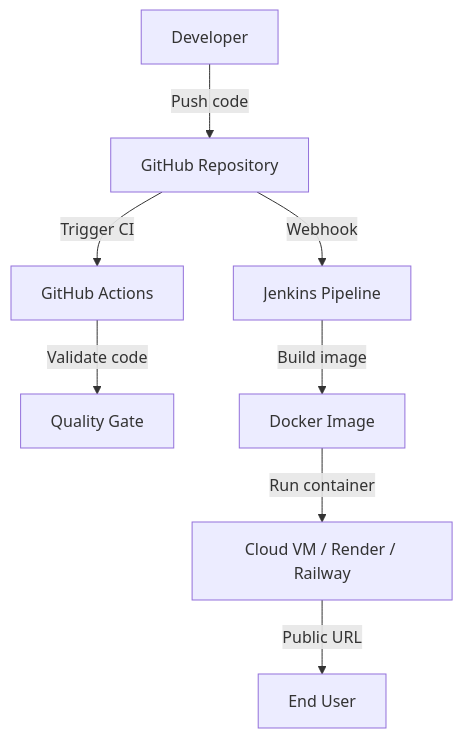
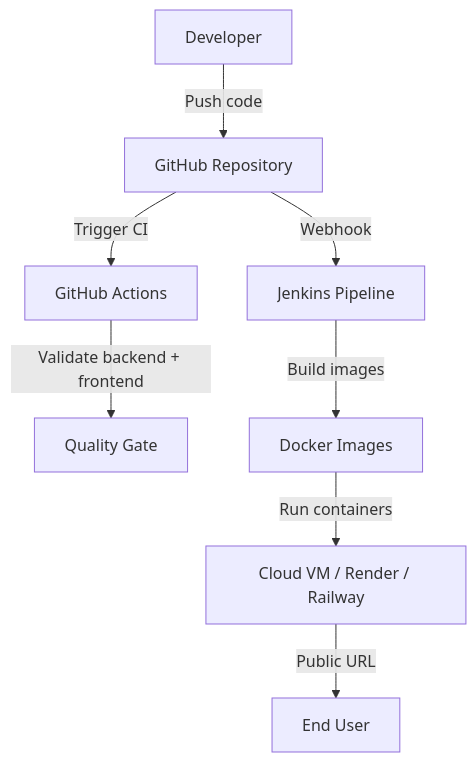
Before and after one commit to PriyanshuKSharma/NexFlow_Assistant: the diagram in docs/devops.md, drawn with Mermaid. The commit also changed other lines of this file, not shown here.

````diff
--- a/docs/devops.md
+++ b/docs/devops.md
@@ -59,10 +69,10 @@
 ```mermaid
 graph TD
     Dev[Developer] -->|Push code| GitHub[GitHub Repository]
     GitHub -->|Trigger CI| Actions[GitHub Actions]
     GitHub -->|Webhook| Jenkins[Jenkins Pipeline]
-    Actions -->|Validate code| Quality[Quality Gate]
-    Jenkins -->|Build image| Docker[Docker Image]
-    Docker -->|Run container| Server[Cloud VM / Render / Railway]
+    Actions -->|Validate backend + frontend| Quality[Quality Gate]
+    Jenkins -->|Build images| Docker[Docker Images]
+    Docker -->|Run containers| Server[Cloud VM / Render / Railway]
     Server -->|Public URL| User[End User]
 ```
````
